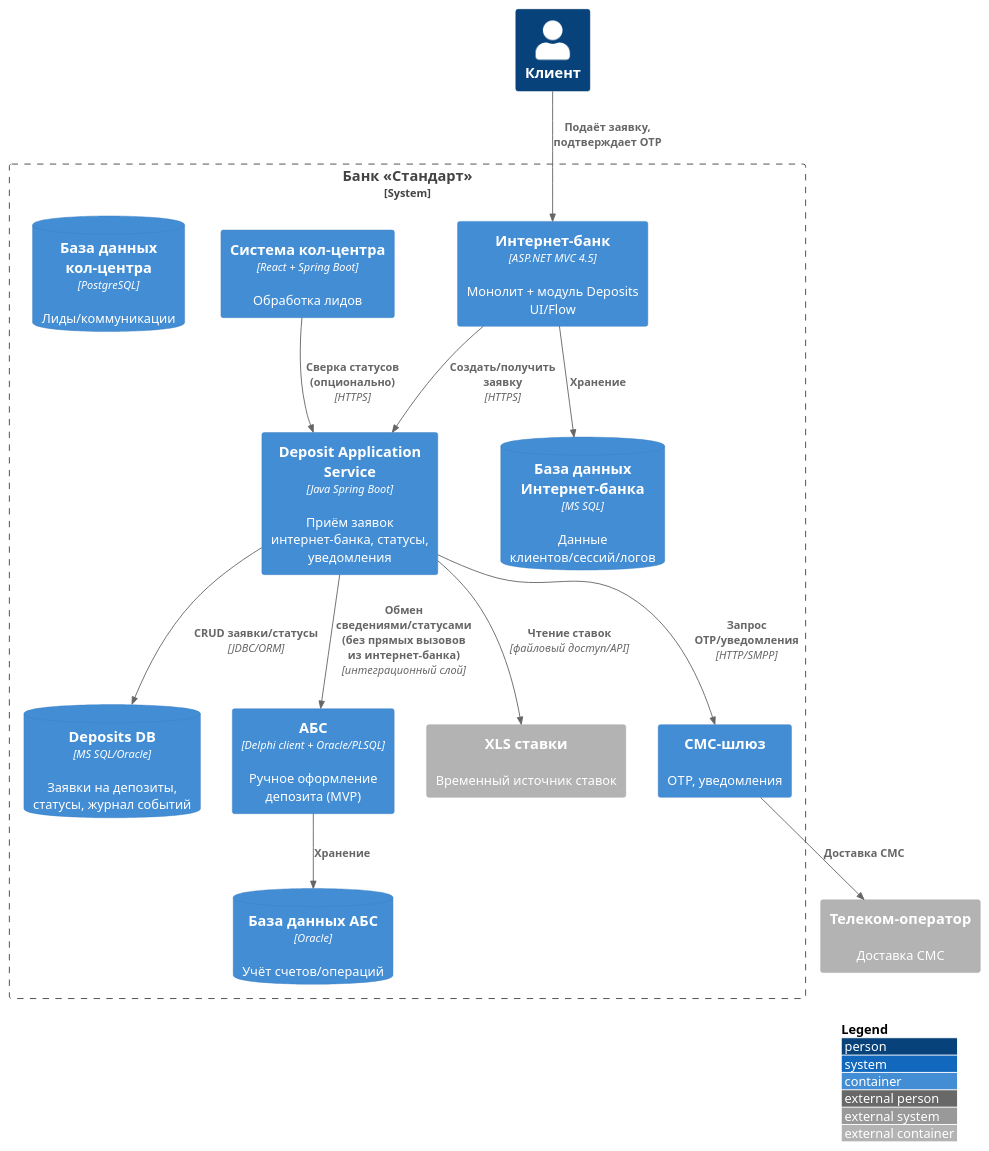
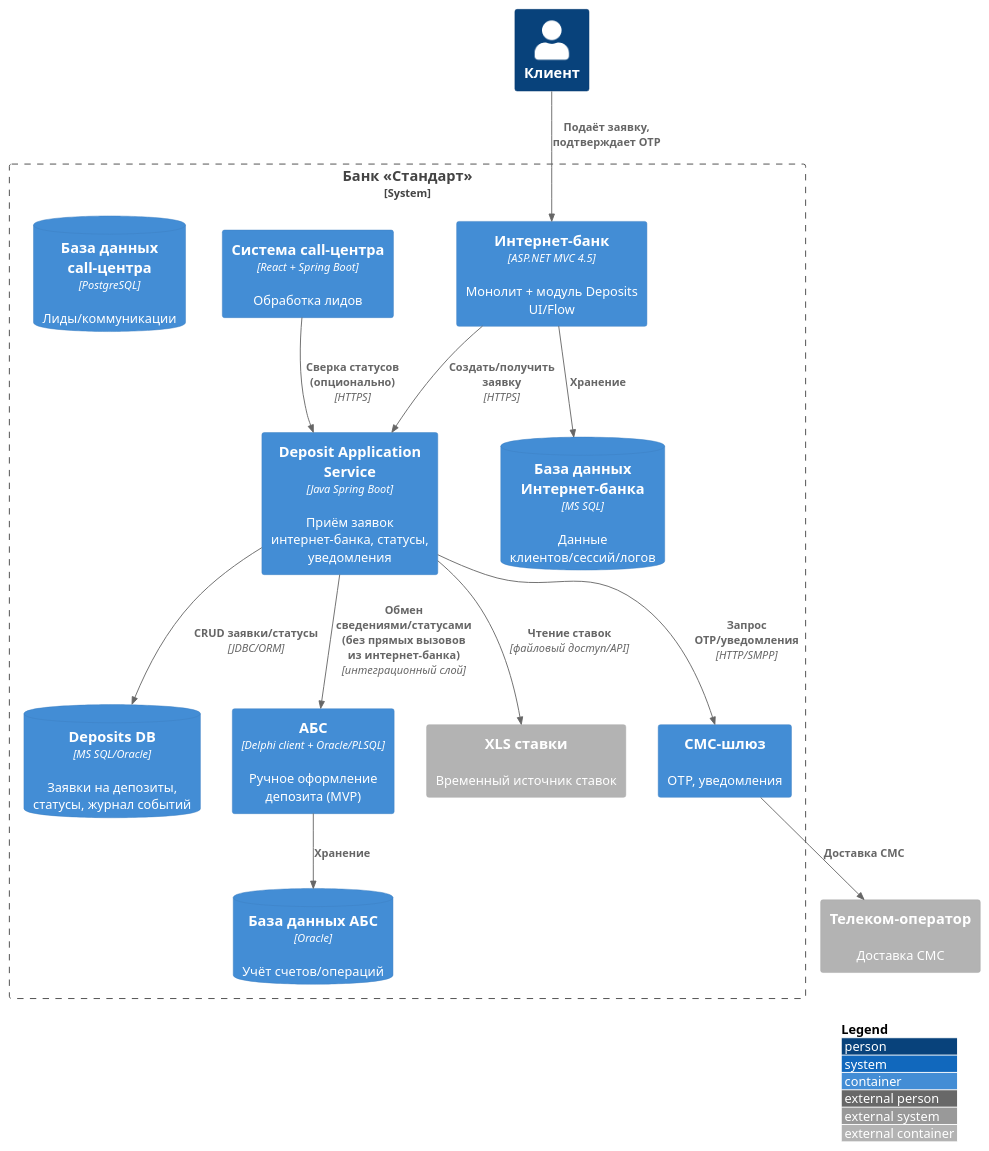
The diagram in Task3/deposits_containers.puml (aymanstepanova/architecture-pro-standart), drawn with PlantUML before and after one commit. The commit also changed 7 other files, not shown here.

```diff
--- a/Task3/deposits_containers.puml
+++ b/Task3/deposits_containers.puml
@@ -1,36 +1,36 @@
 @startuml deposits_containers
 !include ../styles/C4_Container.puml
 LAYOUT_WITH_LEGEND()
 
 Person(customer, "Клиент")
 
 System_Boundary(bank, "Банк «Стандарт»") {
   Container(ib, "Интернет-банк", "ASP.NET MVC 4.5", "Монолит + модуль Deposits UI/Flow")
   ContainerDb(ibdb, "База данных Интернет-банка", "MS SQL", "Данные клиентов/сессий/логов")
 
   Container(depSvc, "Deposit Application Service", "Java Spring Boot", "Приём заявок интернет-банка, статусы, уведомления")
   ContainerDb(depDb, "Deposits DB", "MS SQL/Oracle", "Заявки на депозиты, статусы, журнал событий")
 
-  Container(cc, "Система кол-центра", "React + Spring Boot", "Обработка лидов")
-  ContainerDb(ccdb, "База данных кол-центра", "PostgreSQL", "Лиды/коммуникации")
+  Container(cc, "Система call-центра", "React + Spring Boot", "Обработка лидов")
+  ContainerDb(ccdb, "База данных call-центра", "PostgreSQL", "Лиды/коммуникации")
 
   Container(sms, "СМС-шлюз", "", "OTP, уведомления")
   Container_Ext(xls, "XLS ставки", "", "Временный источник ставок")
 
   Container(abs, "АБС", "Delphi client + Oracle/PLSQL", "Ручное оформление депозита (MVP)")
   ContainerDb(absdb, "База данных АБС", "Oracle", "Учёт счетов/операций")
 }
 Container_Ext(telco, "Телеком-оператор", "", "Доставка СМС")
 
 Rel(customer, ib, "Подаёт заявку, подтверждает OTP")
 Rel(ib, depSvc, "Создать/получить заявку", "HTTPS")
 Rel(depSvc, depDb, "CRUD заявки/статусы", "JDBC/ORM")
 Rel(depSvc, sms, "Запрос OTP/уведомления", "HTTP/SMPP")
 Rel(sms, telco, "Доставка СМС")
 Rel(cc, depSvc, "Сверка статусов (опционально)", "HTTPS")
 Rel(depSvc, abs, "Обмен сведениями/статусами\n(без прямых вызовов из интернет-банка)", "интеграционный слой")
 Rel(abs, absdb, "Хранение")
 Rel(depSvc, xls, "Чтение ставок", "файловый доступ/API")
 Rel(ib, ibdb, "Хранение")
 
 @enduml
```
